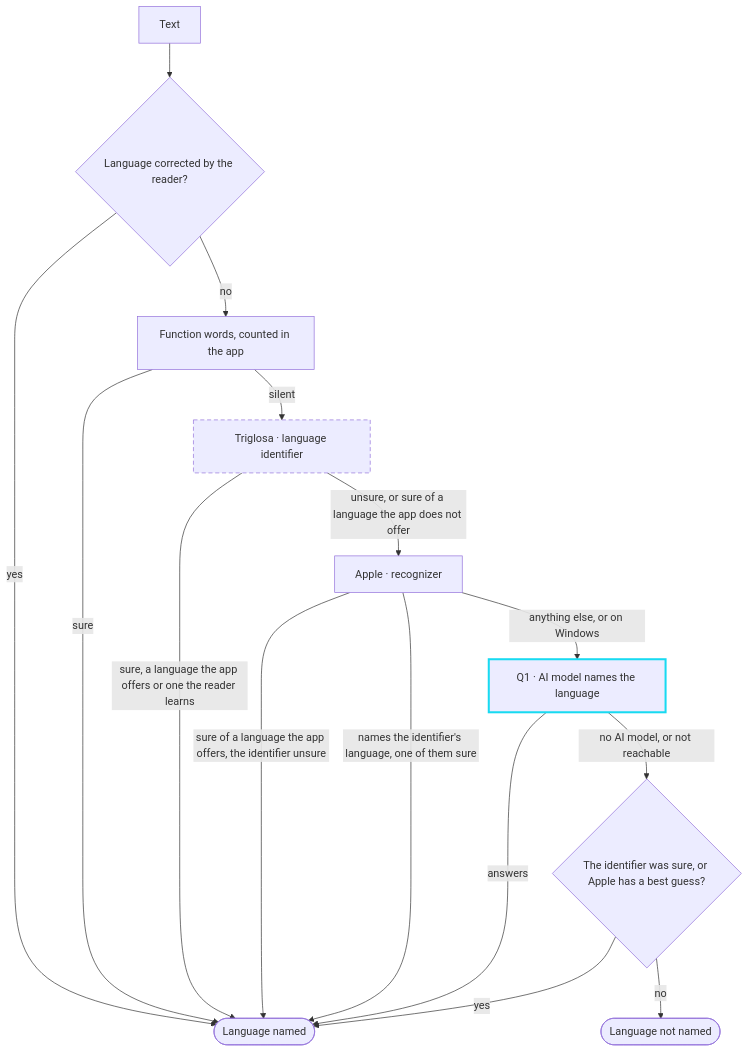
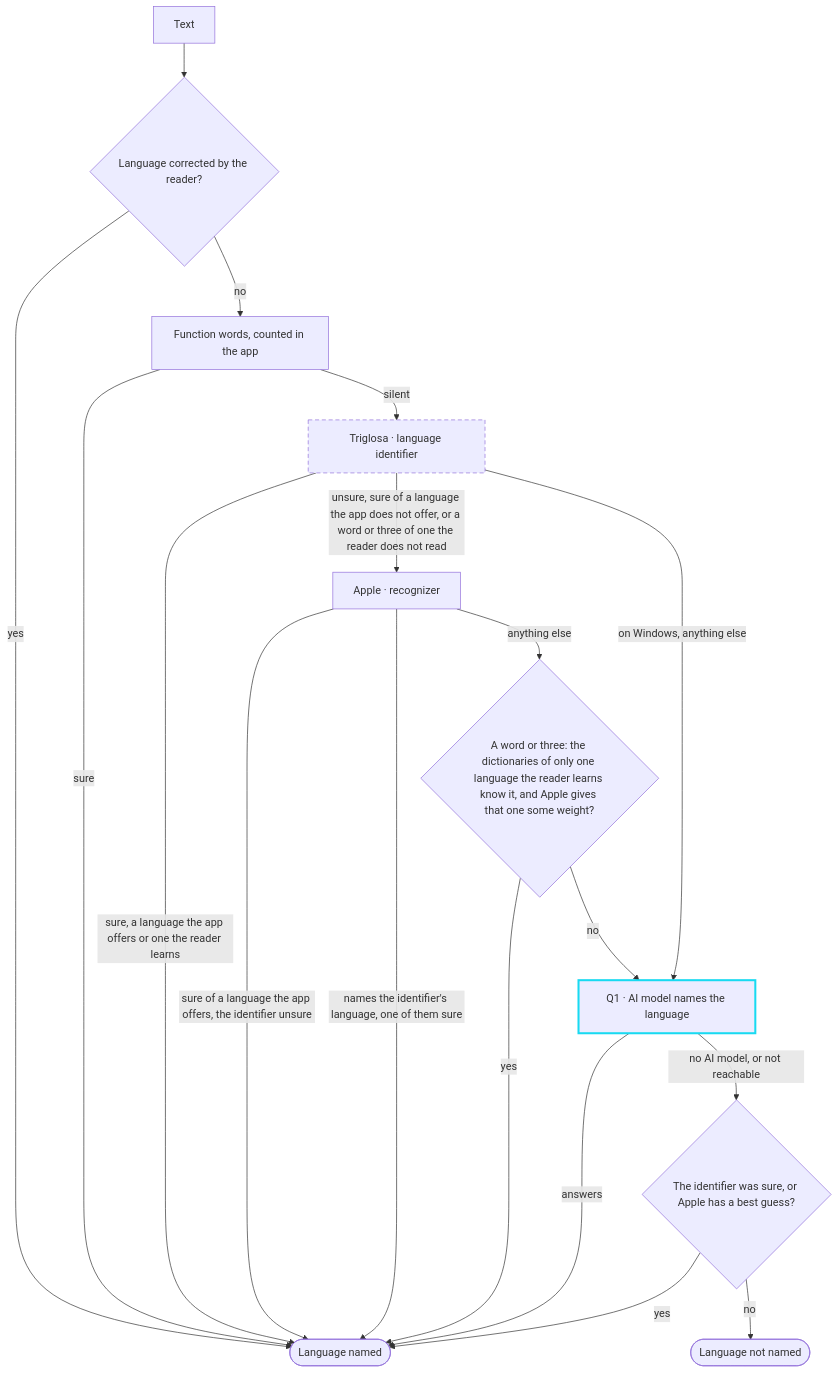
The second of 8 diagrams in docs/behind-a-translation.md (mdd335/triglosa), drawn with Mermaid before and after one commit. The commit also changed other lines of this file and 118 other files, not shown here.

````diff
--- a/docs/behind-a-translation.md
+++ b/docs/behind-a-translation.md
@@ -38,22 +38,25 @@
 ```mermaid
 flowchart TD
   T["Text"] --> CH{"Language corrected by the reader?"}
   CH -->|yes| DONE(["Language named"])
   CH -->|no| FW["Function words, counted in the app"]
   FW -->|sure| DONE
   FW -->|silent| ID["Triglosa · language identifier"]
   ID -->|"sure, a language the app offers or one the reader learns"| DONE
-  ID -->|"unsure, or sure of a language the app does not offer"| AR["Apple · recognizer"]
+  ID -->|"unsure, sure of a language the app does not offer, or a word or three of one the reader does not read"| AR["Apple · recognizer"]
   AR -->|"sure of a language the app offers, the identifier unsure"| DONE
   AR -->|"names the identifier's language, one of them sure"| DONE
-  AR -->|"anything else, or on Windows"| Q1["Q1 · AI model names the language"]
+  AR -->|"anything else"| DICT{"A word or three: the dictionaries of only one language the reader learns know it, and Apple gives that one some weight?"}
+  DICT -->|yes| DONE
+  DICT -->|no| Q1
+  ID -->|"on Windows, anything else"| Q1["Q1 · AI model names the language"]
   Q1 -->|answers| DONE
   Q1 -->|"no AI model, or not reachable"| GUESS{"The identifier was sure, or Apple has a best guess?"}
   GUESS -->|yes| DONE
   GUESS -->|no| NONE(["Language not named"])
 
   classDef model stroke:#18daf1,stroke-width:3px
   classDef own stroke-dasharray:6 4
   class Q1 model
   class ID own
 ```
````
